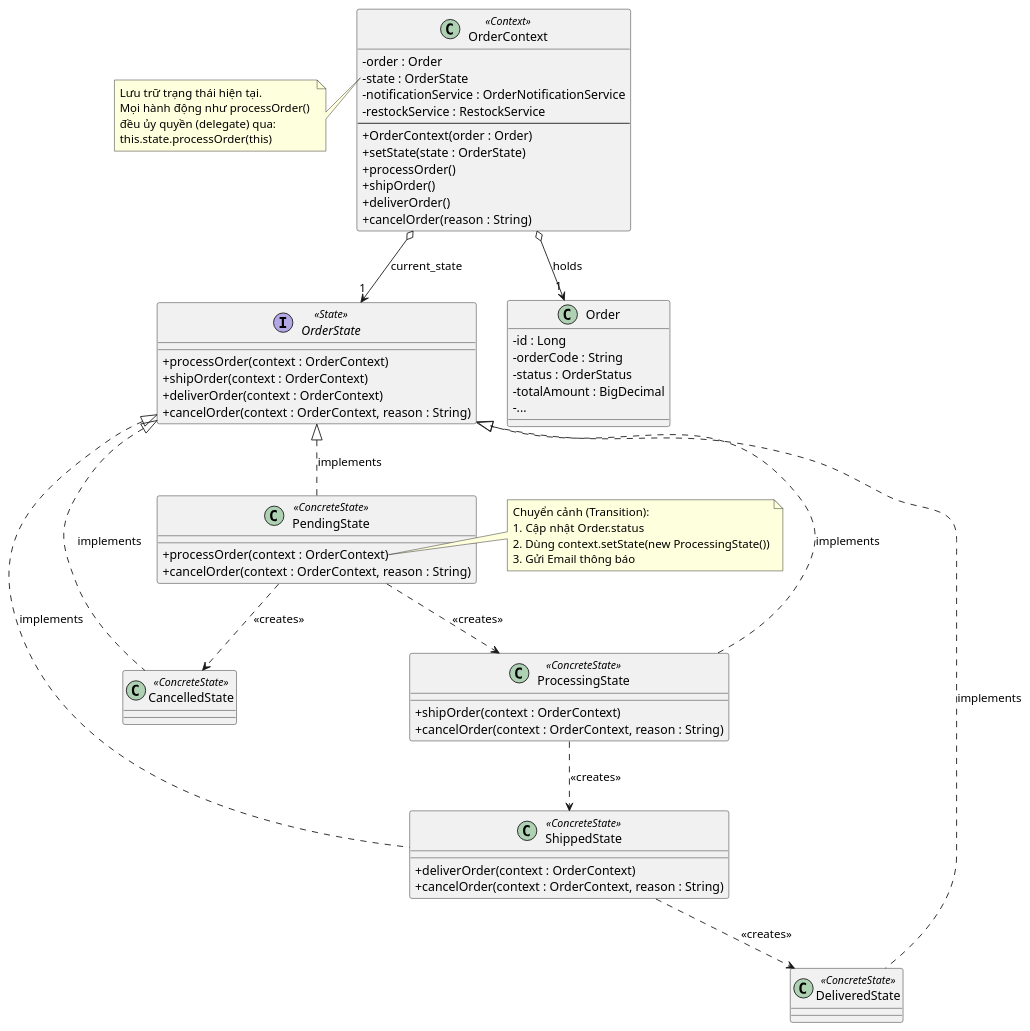
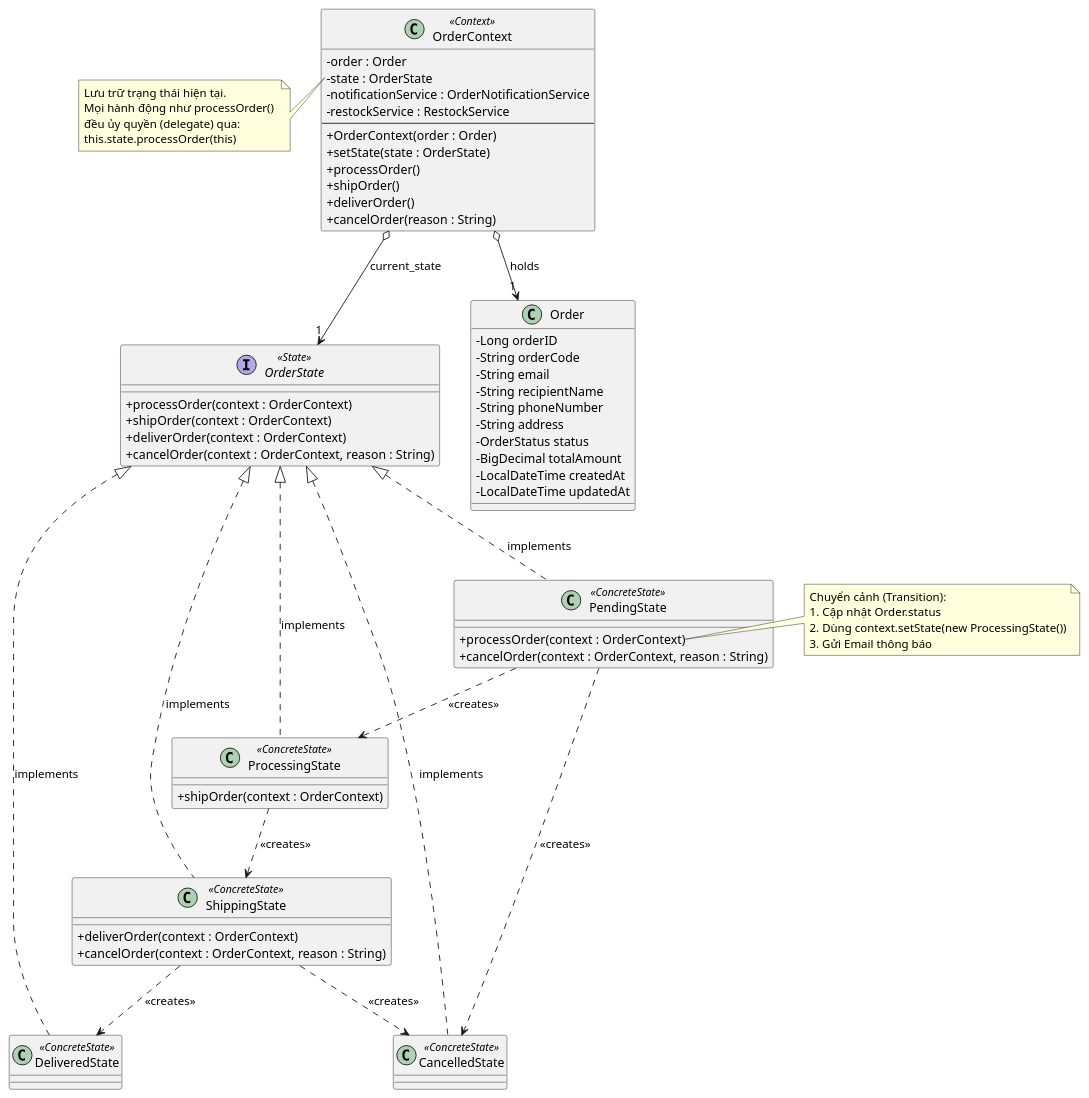
The diagram in src/Khanh_Pattern_Puml/state_order.puml (trihieuvo/justFUML), drawn with PlantUML before and after one commit. The commit also changed 8 other files, not shown here.

First line of the commit message:
Update UML diagrams and add design patterns report

```diff
--- a/src/Khanh_Pattern_Puml/state_order.puml
+++ b/src/Khanh_Pattern_Puml/state_order.puml
@@ -1,88 +1,93 @@
 @startuml
 skinparam ClassAttributeIconSize 0
 
 ' --- State Interface ---
 interface OrderState <<State>> {
     + processOrder(context : OrderContext)
     + shipOrder(context : OrderContext)
     + deliverOrder(context : OrderContext)
     + cancelOrder(context : OrderContext, reason : String)
 }
 
 ' --- Context ---
 class OrderContext <<Context>> {
     - order : Order
     - state : OrderState
     - notificationService : OrderNotificationService
     - restockService : RestockService
     --
     + OrderContext(order : Order)
     + setState(state : OrderState)
     + processOrder()
     + shipOrder()
     + deliverOrder()
     + cancelOrder(reason : String)
 }
 
 ' --- Concrete States ---
 class PendingState <<ConcreteState>> {
     + processOrder(context : OrderContext)
     + cancelOrder(context : OrderContext, reason : String)
 }
 
 class ProcessingState <<ConcreteState>> {
     + shipOrder(context : OrderContext)
-    + cancelOrder(context : OrderContext, reason : String)
 }
 
-class ShippedState <<ConcreteState>> {
+class ShippingState <<ConcreteState>> {
     + deliverOrder(context : OrderContext)
     + cancelOrder(context : OrderContext, reason : String)
 }
 
 class DeliveredState <<ConcreteState>> {
 }
 
 class CancelledState <<ConcreteState>> {
 }
 
 ' --- Relationships ---
 OrderContext o--> "1" OrderState : "current_state"
 OrderContext o--> "1" Order : "holds"
 OrderState <|.. PendingState : "implements"
 OrderState <|.. ProcessingState : "implements"
-OrderState <|.. ShippedState : "implements"
+OrderState <|.. ShippingState : "implements"
 OrderState <|.. DeliveredState : "implements"
 OrderState <|.. CancelledState : "implements"
 
 ' --- Data Entities (Abbreviated) ---
 class Order {
-    - id : Long
-    - orderCode : String
-    - status : OrderStatus
-    - totalAmount : BigDecimal
-    - ...
+- Long orderID
+- String orderCode
+- String email
+- String recipientName
+- String phoneNumber
+- String address
+- OrderStatus status
+- BigDecimal totalAmount
+- LocalDateTime createdAt
+- LocalDateTime updatedAt
 }
 
 ' --- State Transitions (Optional hints) ---
 PendingState ..> ProcessingState : "<<creates>>"
-ProcessingState ..> ShippedState : "<<creates>>"
-ShippedState ..> DeliveredState : "<<creates>>"
+ProcessingState ..> ShippingState : "<<creates>>"
+ShippingState ..> DeliveredState : "<<creates>>"
 PendingState ..> CancelledState : "<<creates>>"
+ShippingState ..> CancelledState : "<<creates>>"
 
 ' --- Notes ---
 note left of OrderContext::state
   Lưu trữ trạng thái hiện tại.
   Mọi hành động như processOrder() 
   đều ủy quyền (delegate) qua:
   this.state.processOrder(this)
 end note
 
 note right of PendingState::processOrder
   Chuyển cảnh (Transition):
   1. Cập nhật Order.status
   2. Dùng context.setState(new ProcessingState())
   3. Gửi Email thông báo
 end note
 
 @enduml
```
